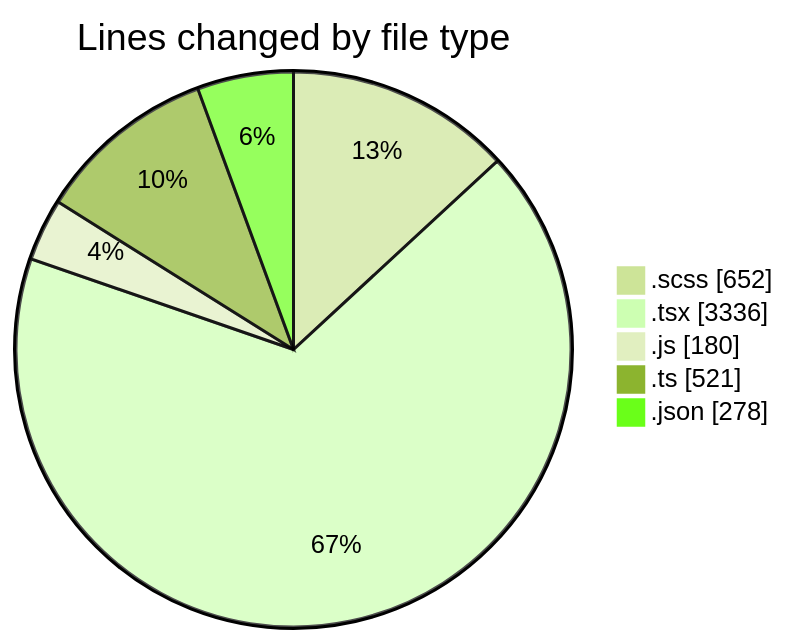
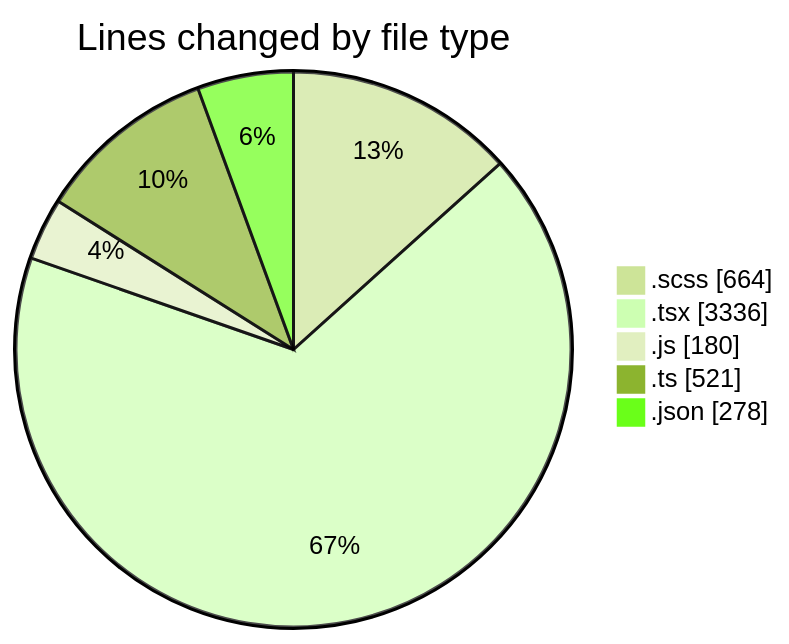
One commit to momahboobian/code-tracking changed the first of 2 diagrams in 2026-08-10/cda/README.md. Above: the diagram before and after it, drawn with Mermaid (forest theme). The commit also changed other lines of this file and 1 other file, not shown here.

````diff
--- a/2026-08-10/cda/README.md
+++ b/2026-08-10/cda/README.md
@@ -32,9 +32,9 @@
 ```mermaid
 pie showData
 title Lines changed by file type
-".scss" : 652
+".scss" : 664
 ".tsx" : 3336
 ".js" : 180
 ".ts" : 521
 ".json" : 278
 ```
````
